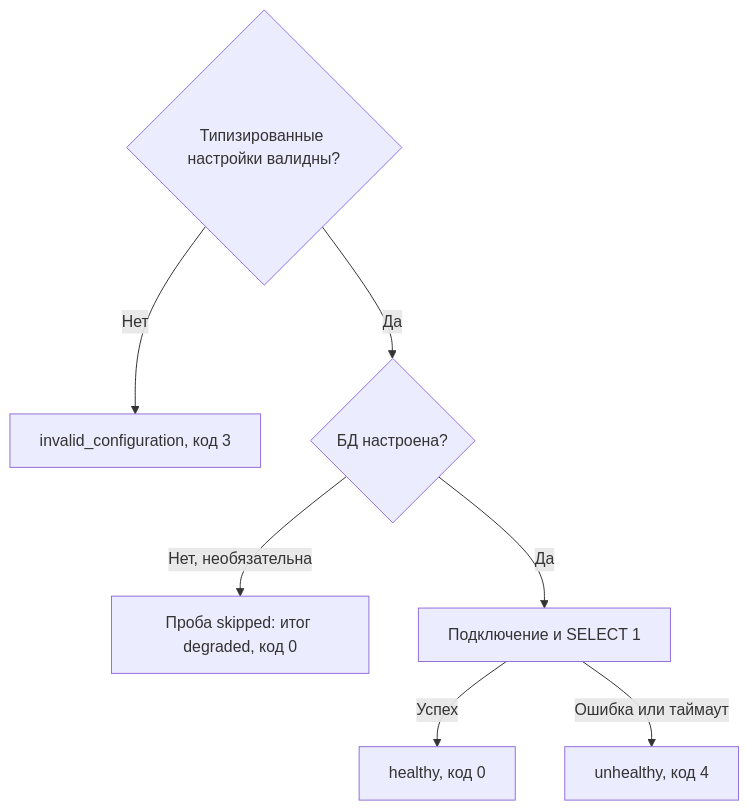
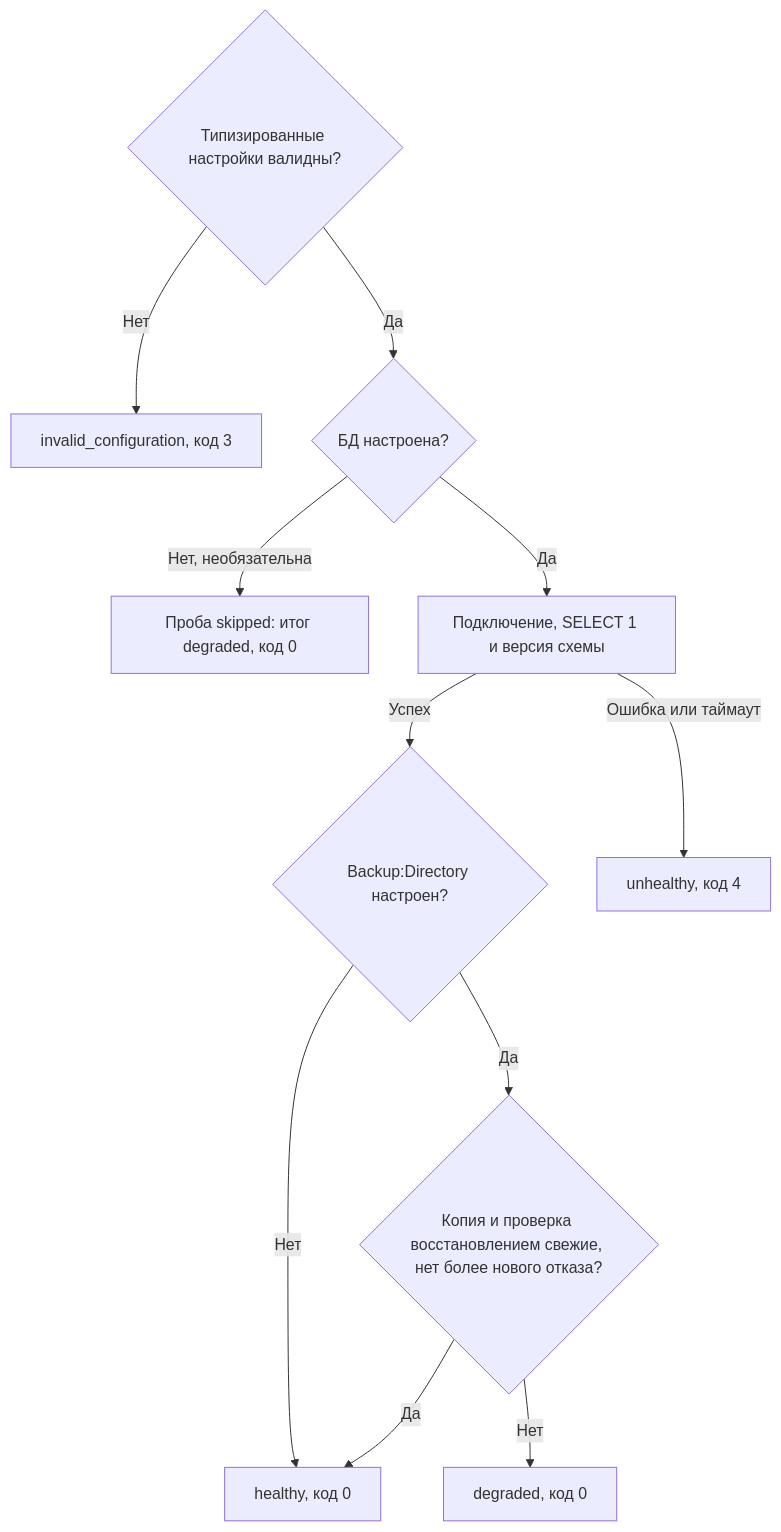
Before and after one commit to Flandre-Scarlet-the-best/anketa-parser: the diagram in docs/diagnostics.md, drawn with Mermaid. The commit also changed other lines of this file and 65 other files, not shown here.

````diff
--- a/docs/diagnostics.md
+++ b/docs/diagnostics.md
@@ -59,9 +59,13 @@
 ```mermaid
 flowchart TD
     V{"Типизированные настройки валидны?"} -->|"Нет"| X["invalid_configuration, код 3"]
     V -->|"Да"| D{"БД настроена?"}
     D -->|"Нет, необязательна"| S["Проба skipped: итог degraded, код 0"]
-    D -->|"Да"| Q["Подключение и SELECT 1"]
-    Q -->|"Успех"| H["healthy, код 0"]
+    D -->|"Да"| Q["Подключение, SELECT 1 и версия схемы"]
+    Q -->|"Успех"| B{"Backup:Directory настроен?"}
+    B -->|"Нет"| H["healthy, код 0"]
+    B -->|"Да"| R{"Копия и проверка восстановлением свежие, нет более нового отказа?"}
+    R -->|"Да"| H
+    R -->|"Нет"| G["degraded, код 0"]
     Q -->|"Ошибка или таймаут"| U["unhealthy, код 4"]
 ```
````
